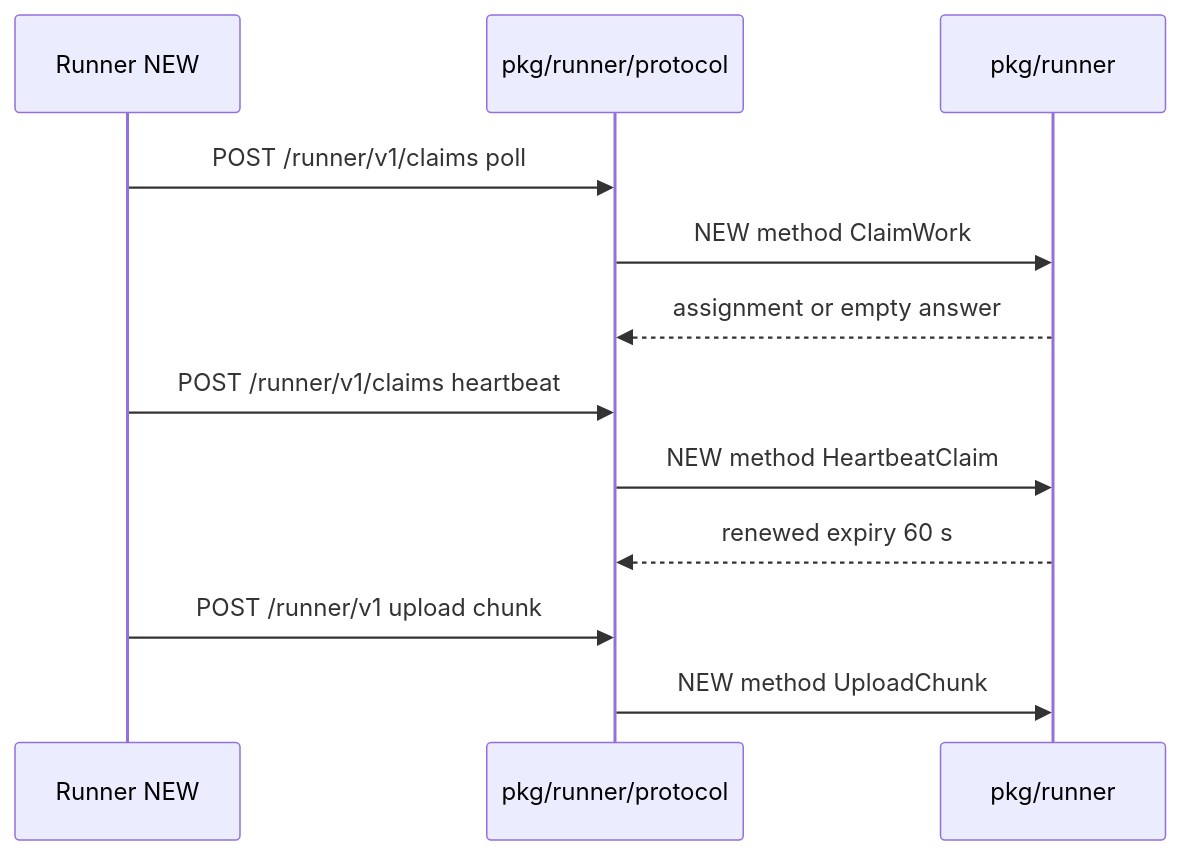
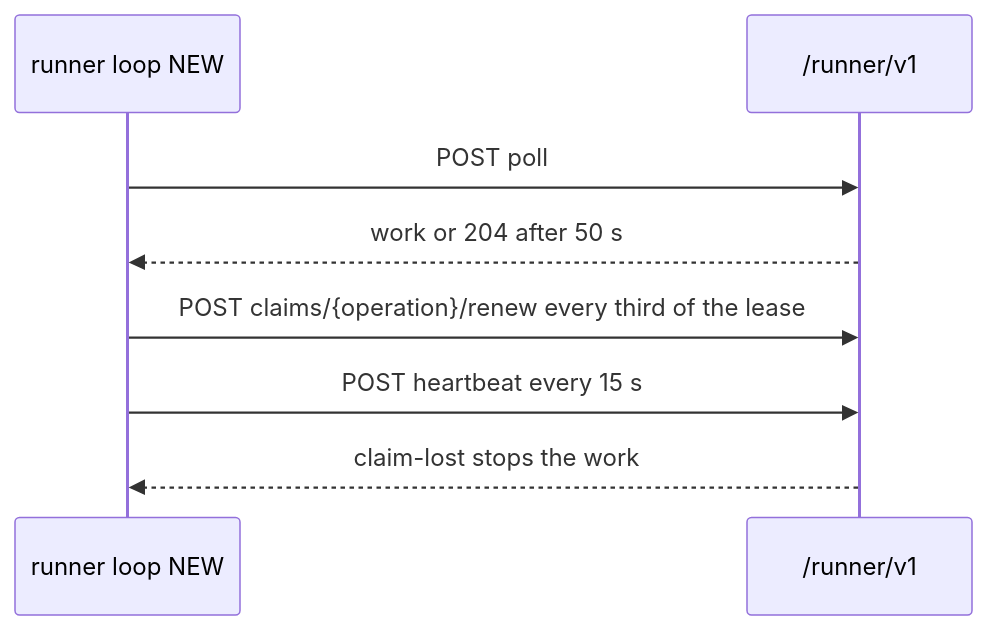
The diagram in openspec/changes/130-138-runner-protocol-claims/design.md (OpenDustpan/OpenDustpan), drawn with Mermaid before and after one commit. The commit also changed other lines of this file and 3 other files, not shown here.

First line of the commit message:
spec(130-138-runner-protocol-claims): reuse the routes, codes and lease of main

````diff
--- a/openspec/changes/130-138-runner-protocol-claims/design.md
+++ b/openspec/changes/130-138-runner-protocol-claims/design.md
@@ -30,14 +40,10 @@
 ```mermaid
 sequenceDiagram
-participant Runner_NEW as Runner NEW
-participant P as pkg/runner/protocol
-participant R as pkg/runner
-Runner_NEW->>P: POST /runner/v1/claims poll
-P->>R: NEW method ClaimWork
-R-->>P: assignment or empty answer
-Runner_NEW->>P: POST /runner/v1/claims heartbeat
-P->>R: NEW method HeartbeatClaim
-R-->>P: renewed expiry 60 s
-Runner_NEW->>P: POST /runner/v1 upload chunk
-P->>R: NEW method UploadChunk
+participant L as runner loop NEW
+participant A as /runner/v1
+L->>A: POST poll
+A-->>L: work or 204 after 50 s
+L->>A: POST claims/{operation}/renew every third of the lease
+L->>A: POST heartbeat every 15 s
+A-->>L: claim-lost stops the work
 ```
````
